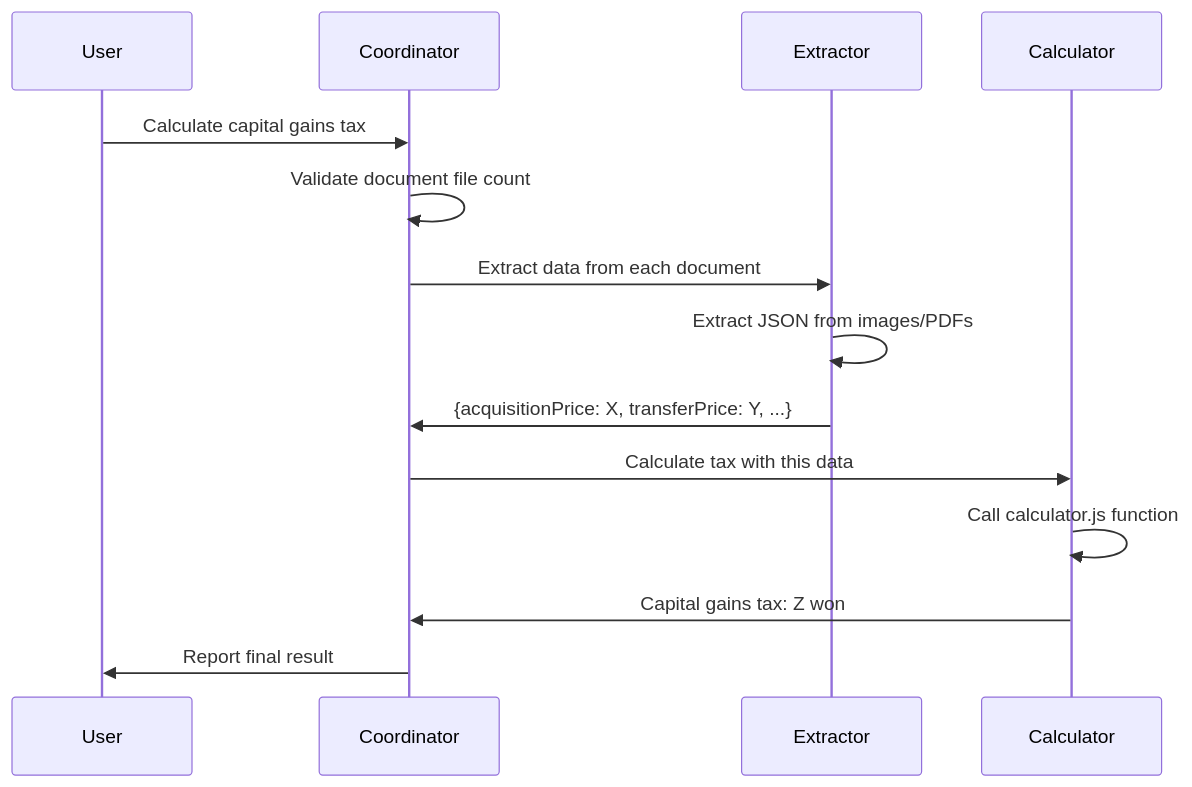
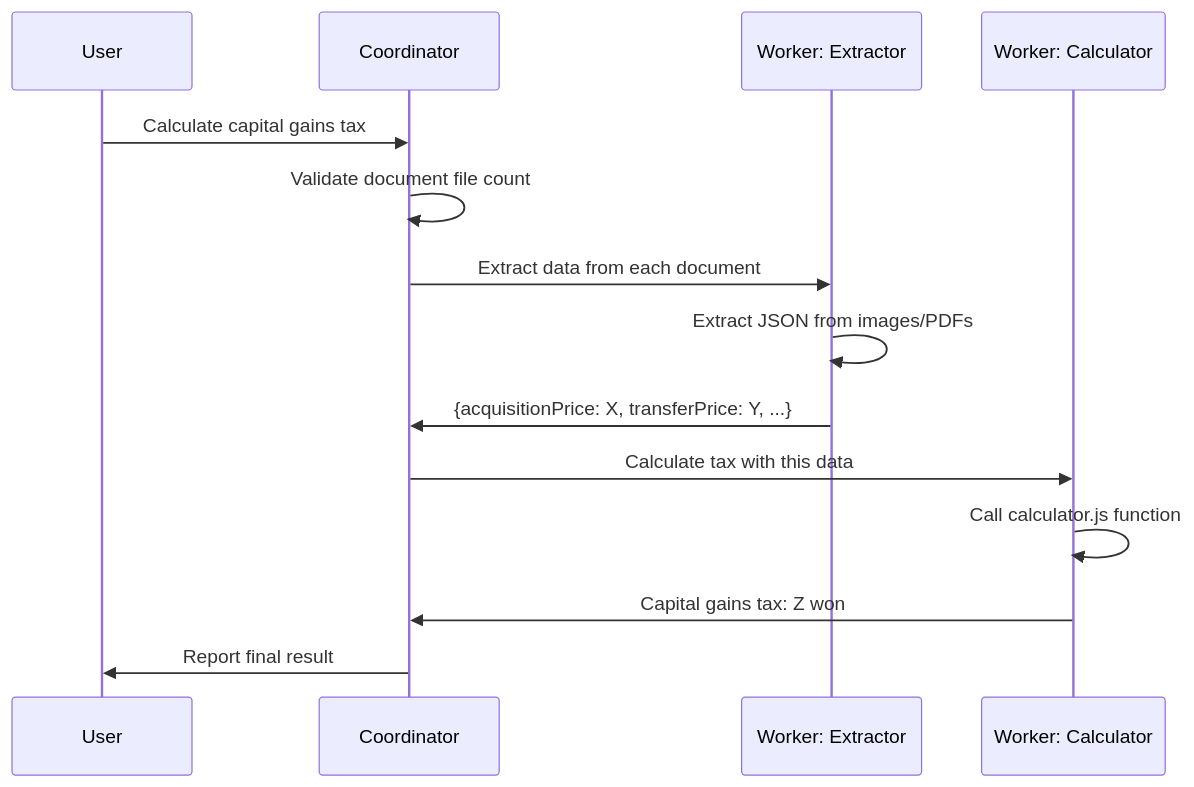
The diagram in blog/2025-12-13-multi-agent-tax-calculation.md (sowonai/crewx-site), drawn with Mermaid before and after one commit. The commit also changed other lines of this file and 1 other file, not shown here.

First line of the commit message:
feat: Update terminology to Coordinator-Worker Pattern

````diff
--- a/blog/2025-12-13-multi-agent-tax-calculation.md
+++ b/blog/2025-12-13-multi-agent-tax-calculation.md
@@ -65,17 +65,17 @@
 ```mermaid
 sequenceDiagram
     participant User as User
     participant C as Coordinator
-    participant E as Extractor
-    participant Cal as Calculator
+    participant E as Worker: Extractor
+    participant Cal as Worker: Calculator
 
     User->>C: Calculate capital gains tax
     C->>C: Validate document file count
     C->>E: Extract data from each document
     E->>E: Extract JSON from images/PDFs
     E->>C: {acquisitionPrice: X, transferPrice: Y, ...}
     C->>Cal: Calculate tax with this data
     Cal->>Cal: Call calculator.js function
     Cal->>C: Capital gains tax: Z won
     C->>User: Report final result
 ```
````
